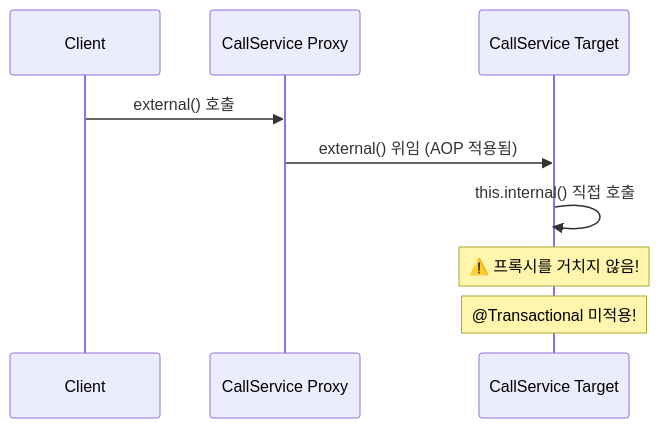
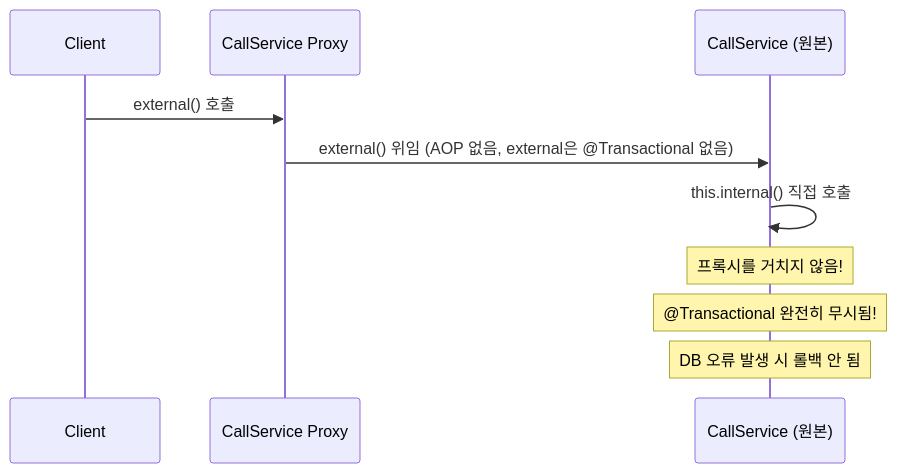
One commit to yjkim2015/yjkim2015.github.io changed the tenth of 11 diagrams in _posts/spring/2026-05-02-spring-core-advanced.md. Above: the diagram before and after it, drawn with Mermaid. The commit also changed other lines of this file and 92 other files, not shown here.

First line of the commit message:
Major quality rewrite: 98 files, Mermaid fix, extreme-scenario component

````diff
--- a/_posts/spring/2026-05-02-spring-core-advanced.md
+++ b/_posts/spring/2026-05-02-spring-core-advanced.md
@@ -827,12 +705,13 @@
 ```mermaid
 sequenceDiagram
     participant C as Client
     participant P as CallService Proxy
-    participant T as CallService Target
+    participant T as CallService (원본)
 
     C->>P: external() 호출
-    P->>T: external() 위임 (AOP 적용됨)
+    P->>T: external() 위임 (AOP 없음, external은 @Transactional 없음)
     T->>T: this.internal() 직접 호출
-    Note over T: ⚠️ 프록시를 거치지 않음!
-    Note over T: @Transactional 미적용!
+    Note over T: 프록시를 거치지 않음!
+    Note over T: @Transactional 완전히 무시됨!
+    Note over T: DB 오류 발생 시 롤백 안 됨
 ```
````
